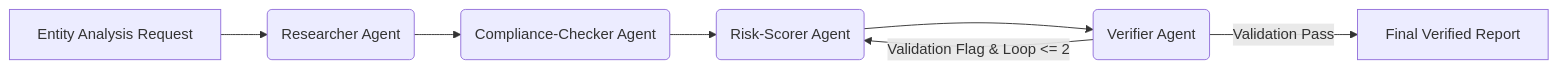
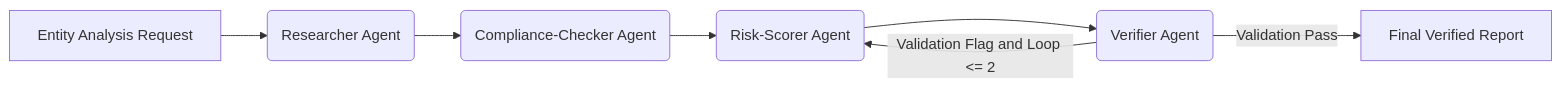
Before and after one commit to arpiitt/Agentic-Compliance-Risk-System: the second of 2 diagrams in README.md, drawn with Mermaid. The commit also changed other lines of this file and 1 other file, not shown here.

````diff
--- a/README.md
+++ b/README.md
@@ -91,9 +92,9 @@
 ```mermaid
 flowchart LR
     A[Entity Analysis Request] --> B(Researcher Agent)
     B --> C(Compliance-Checker Agent)
     C --> D(Risk-Scorer Agent)
     D --> E(Verifier Agent)
     E -->|Validation Pass| F[Final Verified Report]
-    E -->|Validation Flag & Loop <= 2| D
+    E -->|Validation Flag and Loop <= 2| D
 ```
````
